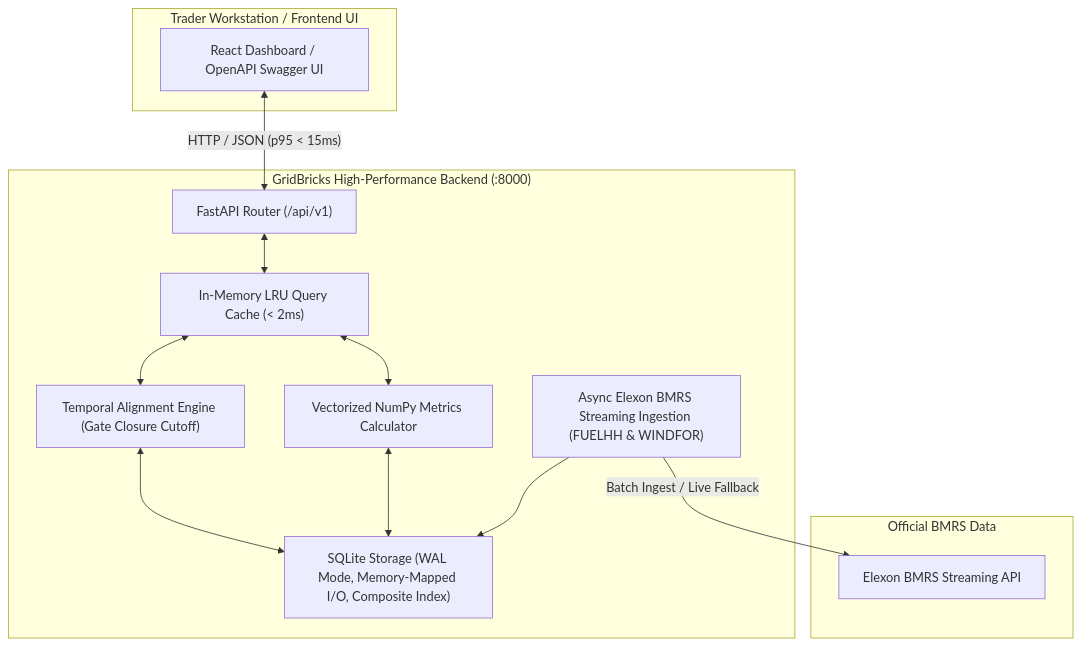
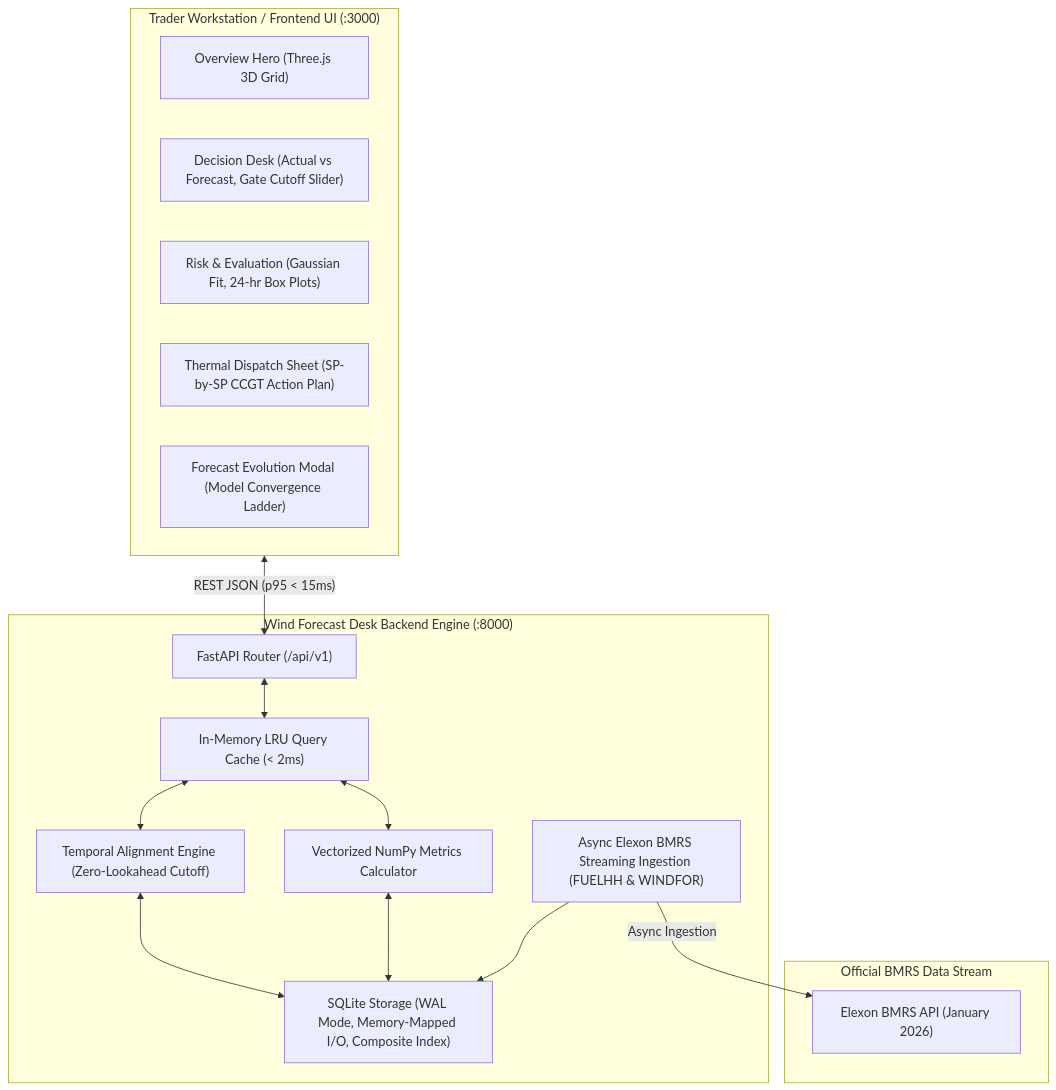
One commit to Dikshith-Manjunath/msjsrksm changed the diagram in README.md. Above: the diagram before and after it, drawn with Mermaid. The commit also changed other lines of this file and 3 other files, not shown here.

````diff
--- a/README.md
+++ b/README.md
@@ -26,28 +37,32 @@
 ```mermaid
 flowchart TD
-    subgraph Client["Trader Workstation / Frontend UI"]
-        Browser["React Dashboard / OpenAPI Swagger UI"]
+    subgraph Client["Trader Workstation / Frontend UI (:3000)"]
+        Landing["Overview Hero (Three.js 3D Grid)"]
+        Desk["Decision Desk (Actual vs Forecast, Gate Cutoff Slider)"]
+        Risk["Risk & Evaluation (Gaussian Fit, 24-hr Box Plots)"]
+        Dispatch["Thermal Dispatch Sheet (SP-by-SP CCGT Action Plan)"]
+        Inspector["Forecast Evolution Modal (Model Convergence Ladder)"]
     end
 
-    subgraph BackendEngine["GridBricks High-Performance Backend (:8000)"]
+    subgraph BackendEngine["Wind Forecast Desk Backend Engine (:8000)"]
         Router["FastAPI Router (/api/v1)"]
         Cache["In-Memory LRU Query Cache (< 2ms)"]
-        AlignSvc["Temporal Alignment Engine (Gate Closure Cutoff)"]
+        AlignSvc["Temporal Alignment Engine (Zero-Lookahead Cutoff)"]
         MetricsSvc["Vectorized NumPy Metrics Calculator"]
         SQLite["SQLite Storage (WAL Mode, Memory-Mapped I/O, Composite Index)"]
         Ingestion["Async Elexon BMRS Streaming Ingestion (FUELHH & WINDFOR)"]
     end
 
-    subgraph External["Official BMRS Data"]
-        BMRS["Elexon BMRS Streaming API"]
+    subgraph External["Official BMRS Data Stream"]
+        BMRS["Elexon BMRS API (January 2026)"]
     end
 
-    Browser <-->|"HTTP / JSON (p95 < 15ms)"| Router
+    Client <-->|"REST JSON (p95 < 15ms)"| Router
     Router <--> Cache
     Cache <--> AlignSvc
     Cache <--> MetricsSvc
     AlignSvc <--> SQLite
     MetricsSvc <--> SQLite
-    Ingestion -->|"Batch Ingest / Live Fallback"| BMRS
+    Ingestion -->|"Async Ingestion"| BMRS
     Ingestion --> SQLite
 ```
````
